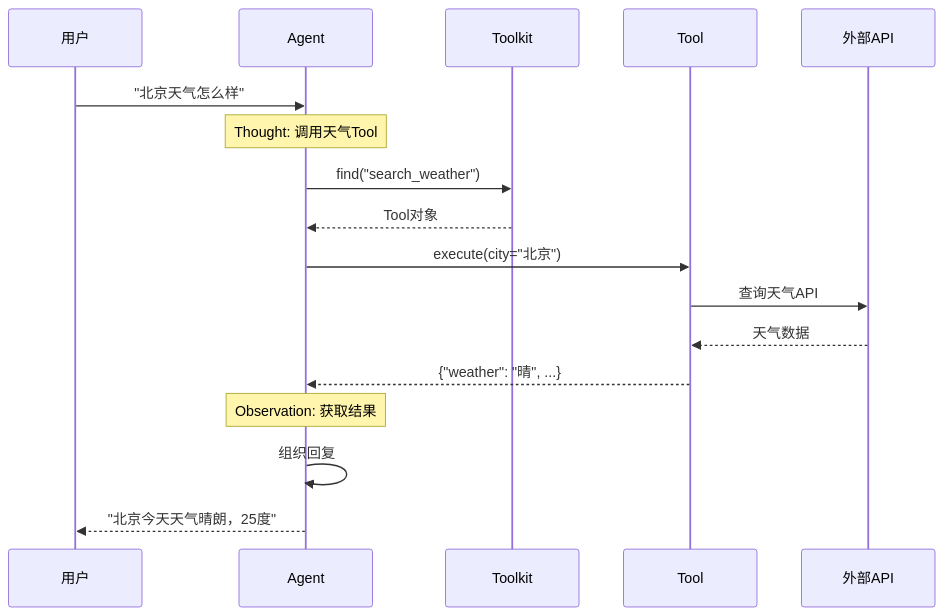
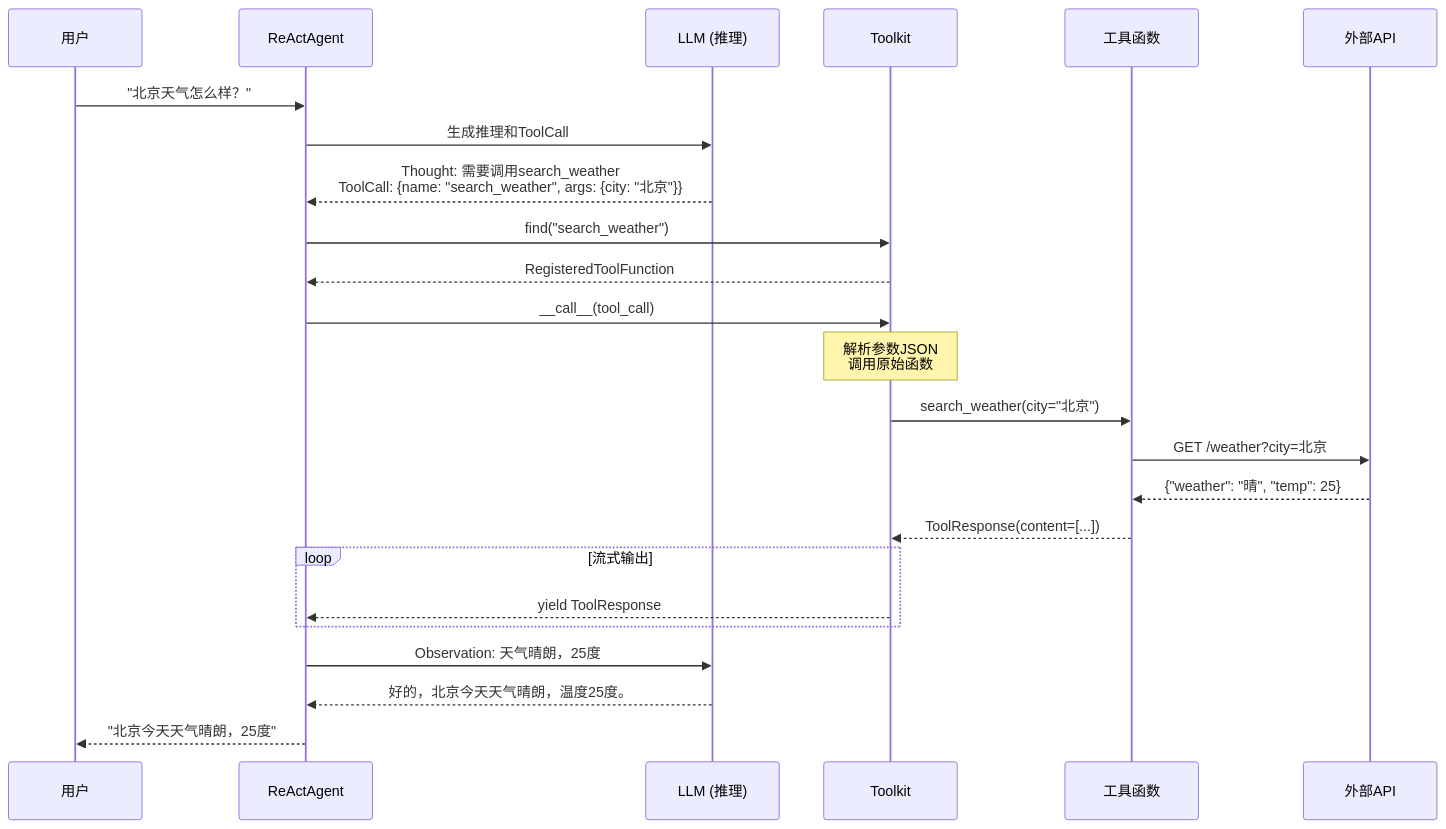
Before and after one commit to agentscope-ai/agentscope: the first of 3 diagrams in teaching/book/practice/station5_tools_memory/5-3_trace_tool_call.md, drawn with Mermaid. The commit also changed other lines of this file and 31 other files, not shown here.

````diff
--- a/teaching/book/practice/station5_tools_memory/5-3_trace_tool_call.md
+++ b/teaching/book/practice/station5_tools_memory/5-3_trace_tool_call.md
@@ -96,25 +219,34 @@
 ```mermaid
 sequenceDiagram
     participant User as 用户
-    participant Agent as Agent
+    participant Agent as ReActAgent
+    participant LLM as LLM (推理)
     participant Toolkit as Toolkit
-    participant Tool as Tool
+    participant Tool as 工具函数
     participant API as 外部API
-    
-    User->>Agent: "北京天气怎么样"
-    
-    Note over Agent: Thought: 调用天气Tool
-    
+
+    User->>Agent: "北京天气怎么样？"
+
+    Agent->>LLM: 生成推理和ToolCall
+    LLM-->>Agent: Thought: 需要调用search_weather<br/>ToolCall: {name: "search_weather", args: {city: "北京"}}
+
     Agent->>Toolkit: find("search_weather")
-    Toolkit-->>Agent: Tool对象
-    
-    Agent->>Tool: execute(city="北京")
-    Tool->>API: 查询天气API
-    API-->>Tool: 天气数据
-    Tool-->>Agent: {"weather": "晴", ...}
-    
-    Note over Agent: Observation: 获取结果
-    
-    Agent->>Agent: 组织回复
+    Toolkit-->>Agent: RegisteredToolFunction
+
+    Agent->>Toolkit: __call__(tool_call)
+    Note over Toolkit: 解析参数JSON<br/>调用原始函数
+
+    Toolkit->>Tool: search_weather(city="北京")
+    Tool->>API: GET /weather?city=北京
+    API-->>Tool: {"weather": "晴", "temp": 25}
+    Tool-->>Toolkit: ToolResponse(content=[...])
+
+    loop 流式输出
+        Toolkit-->>Agent: yield ToolResponse
+    end
+
+    Agent->>LLM: Observation: 天气晴朗，25度
+    LLM-->>Agent: 好的，北京今天天气晴朗，温度25度。
+
     Agent-->>User: "北京今天天气晴朗，25度"
 ```
````
